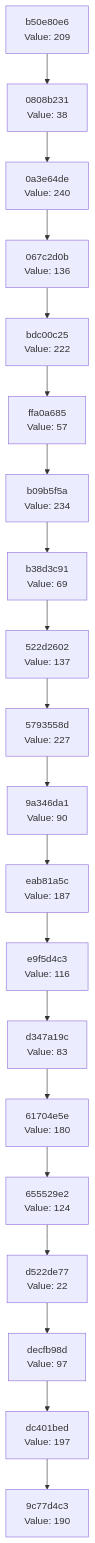
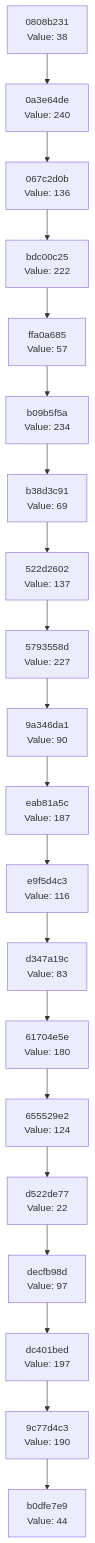
One commit to Abhisheksinha1506/hash-chain-evolver changed the diagram in docs/CHAIN_VISUALIZATION.md. Above: the diagram before and after it, drawn with Mermaid. The commit also changed 3 other files, not shown here.

````diff
--- a/docs/CHAIN_VISUALIZATION.md
+++ b/docs/CHAIN_VISUALIZATION.md
@@ -3,42 +3,42 @@
 ```mermaid
 graph TD
-    C0["9c77d4c3<br/>Value: 190"]
-    C1["dc401bed<br/>Value: 197"]
+    C0["b0dfe7e9<br/>Value: 44"]
+    C1["9c77d4c3<br/>Value: 190"]
     C1 --> C0
-    C2["decfb98d<br/>Value: 97"]
+    C2["dc401bed<br/>Value: 197"]
     C2 --> C1
-    C3["d522de77<br/>Value: 22"]
+    C3["decfb98d<br/>Value: 97"]
     C3 --> C2
-    C4["655529e2<br/>Value: 124"]
+    C4["d522de77<br/>Value: 22"]
     C4 --> C3
-    C5["61704e5e<br/>Value: 180"]
+    C5["655529e2<br/>Value: 124"]
     C5 --> C4
-    C6["d347a19c<br/>Value: 83"]
+    C6["61704e5e<br/>Value: 180"]
     C6 --> C5
-    C7["e9f5d4c3<br/>Value: 116"]
+    C7["d347a19c<br/>Value: 83"]
     C7 --> C6
-    C8["eab81a5c<br/>Value: 187"]
+    C8["e9f5d4c3<br/>Value: 116"]
     C8 --> C7
-    C9["9a346da1<br/>Value: 90"]
+    C9["eab81a5c<br/>Value: 187"]
     C9 --> C8
-    C10["5793558d<br/>Value: 227"]
+    C10["9a346da1<br/>Value: 90"]
     C10 --> C9
-    C11["522d2602<br/>Value: 137"]
+    C11["5793558d<br/>Value: 227"]
     C11 --> C10
-    C12["b38d3c91<br/>Value: 69"]
+    C12["522d2602<br/>Value: 137"]
     C12 --> C11
-    C13["b09b5f5a<br/>Value: 234"]
+    C13["b38d3c91<br/>Value: 69"]
     C13 --> C12
-    C14["ffa0a685<br/>Value: 57"]
+    C14["b09b5f5a<br/>Value: 234"]
     C14 --> C13
-    C15["bdc00c25<br/>Value: 222"]
+    C15["ffa0a685<br/>Value: 57"]
     C15 --> C14
-    C16["067c2d0b<br/>Value: 136"]
+    C16["bdc00c25<br/>Value: 222"]
     C16 --> C15
-    C17["0a3e64de<br/>Value: 240"]
+    C17["067c2d0b<br/>Value: 136"]
     C17 --> C16
-    C18["0808b231<br/>Value: 38"]
+    C18["0a3e64de<br/>Value: 240"]
     C18 --> C17
-    C19["b50e80e6<br/>Value: 209"]
+    C19["0808b231<br/>Value: 38"]
     C19 --> C18
 ```
````
